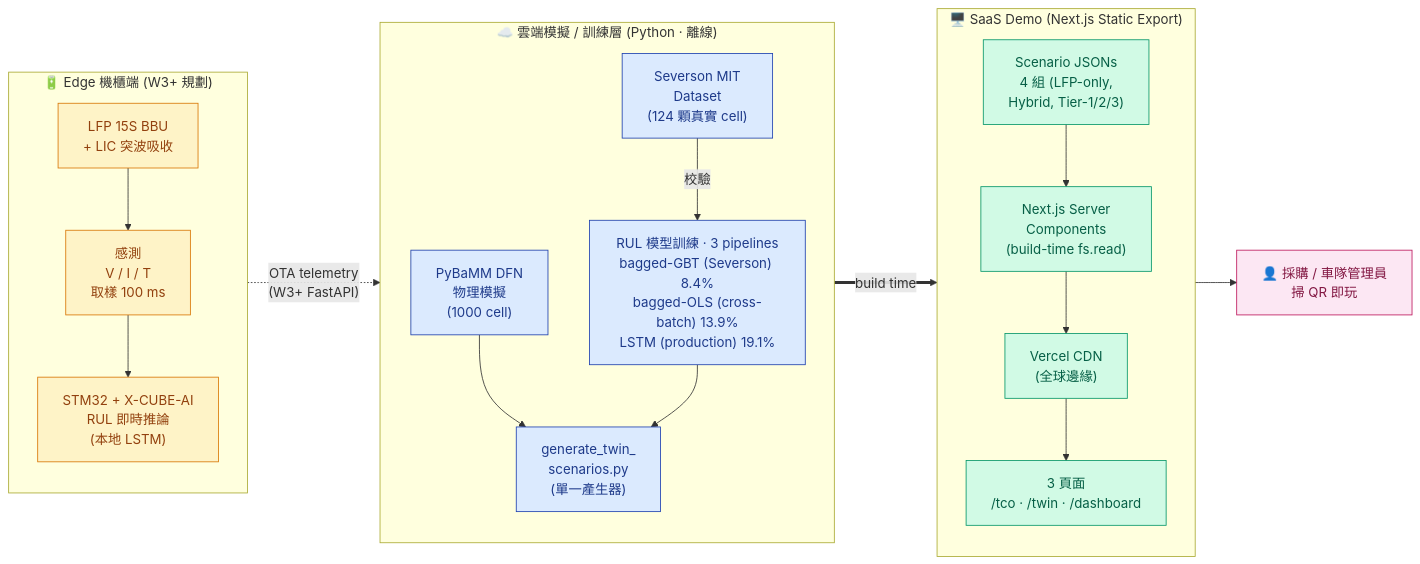
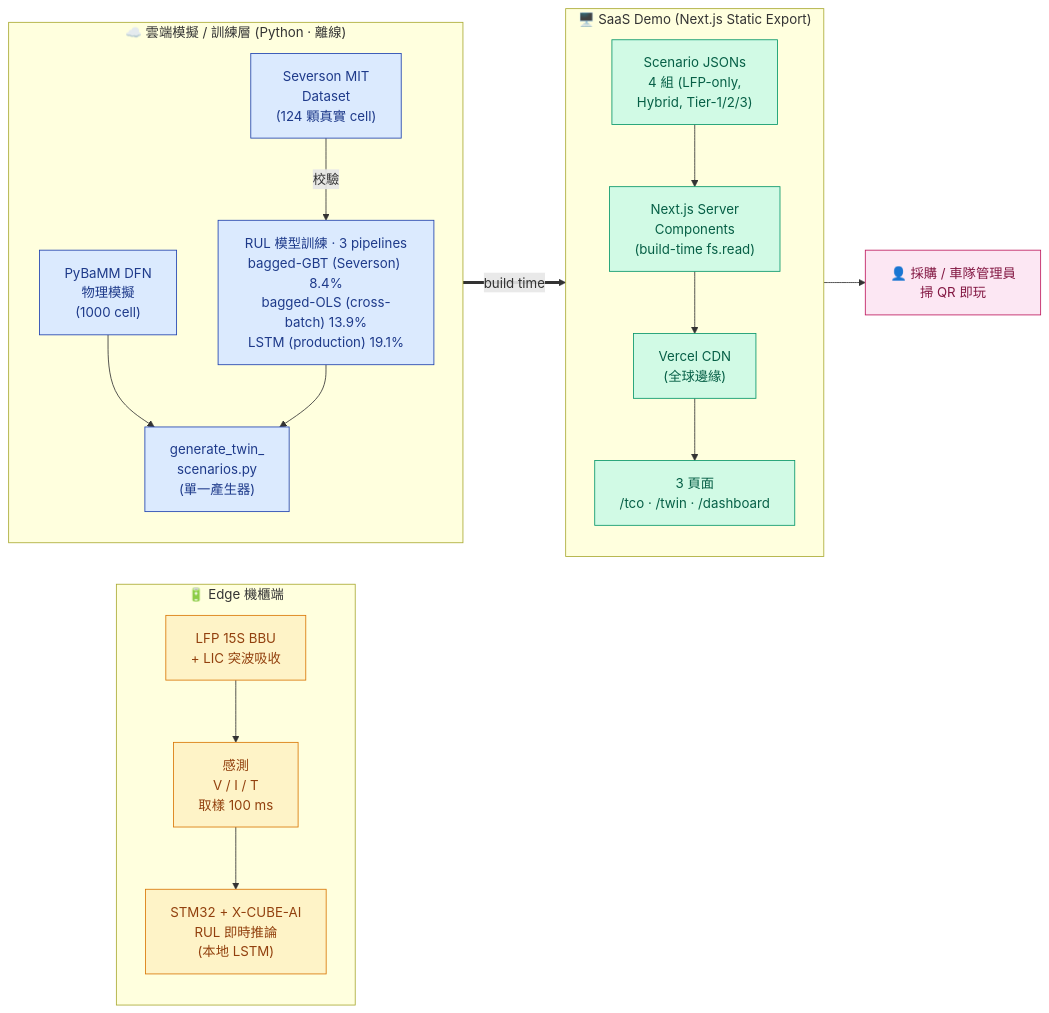
One commit to aericheng/atcc-sysblade changed the diagram in docs/figures/architecture.mmd. Above: the diagram before and after it, drawn with Mermaid. The commit also changed 6 other files, not shown here.

First line of the commit message:
chore: 清理 W3+/FastAPI 未完成標記 — 移除路線圖 promise 與 UI 待辦字樣

```diff
--- a/docs/figures/architecture.mmd
+++ b/docs/figures/architecture.mmd
@@ -1,52 +1,51 @@
 %%{init: {'theme':'base','themeVariables':{'primaryColor':'#EFF6FF','primaryTextColor':'#0F172A','primaryBorderColor':'#1E40AF','lineColor':'#475569','fontFamily':"'Helvetica Neue', 'PingFang TC', 'Microsoft JhengHei', sans-serif"}}}%%
 flowchart LR
 
   %% ============ EDGE LAYER ============
-  subgraph EDGE["🔋 Edge 機櫃端 (W3+ 規劃)"]
+  subgraph EDGE["🔋 Edge 機櫃端"]
     direction TB
     BAT["LFP 15S BBU<br/>+ LIC 突波吸收"]
     SENSOR["感測<br/>V / I / T<br/>取樣 100 ms"]
     MCU["STM32 + X-CUBE-AI<br/>RUL 即時推論<br/>(本地 LSTM)"]
     BAT --> SENSOR --> MCU
   end
 
   %% ============ CLOUD / SIMULATION LAYER ============
   subgraph CLOUD["☁️ 雲端模擬 / 訓練層 (Python · 離線)"]
     direction TB
     SEV["Severson MIT<br/>Dataset<br/>(124 顆真實 cell)"]
     PYBAMM["PyBaMM DFN<br/>物理模擬<br/>(1000 cell)"]
     LSTM["RUL 模型訓練 · 3 pipelines<br/>bagged-GBT (Severson) 8.4%<br/>bagged-OLS (cross-batch) 13.9%<br/>LSTM (production) 19.1%"]
     GEN["generate_twin_<br/>scenarios.py<br/>(單一產生器)"]
     SEV -->|校驗| LSTM
     PYBAMM --> GEN
     LSTM --> GEN
   end
 
   %% ============ FRONTEND / SAAS LAYER ============
   subgraph FRONT["🖥️ SaaS Demo (Next.js Static Export)"]
     direction TB
     JSON["Scenario JSONs<br/>4 組 (LFP-only,<br/>Hybrid, Tier-1/2/3)"]
     NEXT["Next.js Server<br/>Components<br/>(build-time fs.read)"]
     CDN["Vercel CDN<br/>(全球邊緣)"]
     PAGES["3 頁面<br/>/tco · /twin · /dashboard"]
     JSON --> NEXT --> CDN --> PAGES
   end
 
   %% ============ USER ============
   USER["👤 採購 / 車隊管理員<br/>掃 QR 即玩"]
 
   %% ============ DATA FLOW ============
   GEN ==>|build time| JSON
   PAGES --> USER
-  MCU -.->|"OTA telemetry<br/>(W3+ FastAPI)"| GEN
 
   %% ============ STYLING ============
   classDef edgeStyle fill:#FEF3C7,stroke:#D97706,color:#92400E
   classDef cloudStyle fill:#DBEAFE,stroke:#1E40AF,color:#1E3A8A
   classDef frontStyle fill:#D1FAE5,stroke:#059669,color:#065F46
   classDef userStyle fill:#FCE7F3,stroke:#BE185D,color:#831843
 
   class BAT,SENSOR,MCU edgeStyle
   class SEV,PYBAMM,LSTM,GEN cloudStyle
   class JSON,NEXT,CDN,PAGES frontStyle
   class USER userStyle
```
